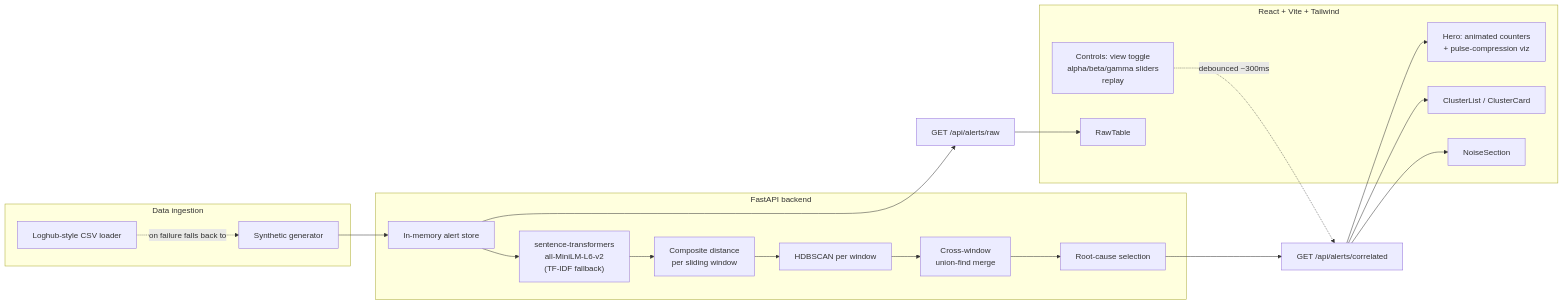
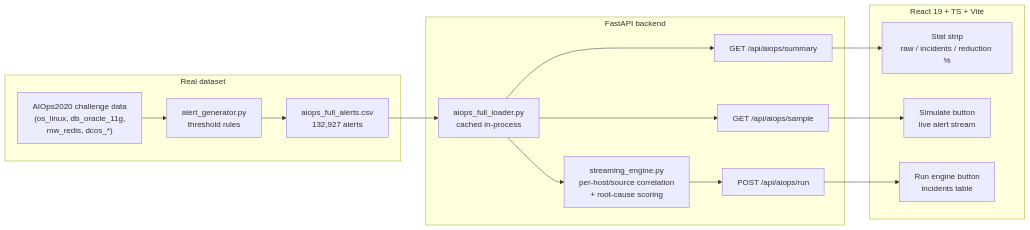
One commit to varuntutejaa/Nucleus changed the diagram in README.md. Above: the diagram before and after it, drawn with Mermaid. The commit also changed other lines of this file and 13 other files, not shown here.

First line of the commit message:
Add streaming correlation engine on full AIOps2020 dataset + rewrite README

````diff
--- a/README.md
+++ b/README.md
@@ -32,36 +83,28 @@
 ```mermaid
 flowchart LR
-    subgraph gen[Data ingestion]
-        SG[Synthetic generator]
-        DL[Loghub-style CSV loader]
+    subgraph data[Real dataset]
+        RAW["AIOps2020 challenge data\n(os_linux, db_oracle_11g,\nmw_redis, dcos_*)"]
+        GEN["alert_generator.py\nthreshold rules"]
+        CSV["aiops_full_alerts.csv\n132,927 alerts"]
+        RAW --> GEN --> CSV
     end
 
-    subgraph pipe[FastAPI backend]
-        STORE[In-memory alert store]
-        EMB["sentence-transformers\nall-MiniLM-L6-v2\n(TF-IDF fallback)"]
-        DIST[Composite distance\nper sliding window]
-        HDB[HDBSCAN per window]
-        MERGE[Cross-window\nunion-find merge]
-        RC[Root-cause selection]
+    subgraph backend[FastAPI backend]
+        LOADER["aiops_full_loader.py\ncached in-process"]
+        ENGINE["streaming_engine.py\nper-host/source correlation\n+ root-cause scoring"]
+        EP1["GET /api/aiops/summary"]
+        EP2["GET /api/aiops/sample"]
+        EP3["POST /api/aiops/run"]
     end
 
-    SG --> STORE
-    DL -. on failure falls back to .-> SG
-    STORE --> EMB --> DIST --> HDB --> MERGE --> RC
-    STORE --> RAW[GET /api/alerts/raw]
-    RC --> CORR[GET /api/alerts/correlated]
-
-    subgraph fe[React + Vite + Tailwind]
-        HERO[Hero: animated counters\n+ pulse-compression viz]
-        CTRL["Controls: view toggle\nalpha/beta/gamma sliders\nreplay"]
-        CLIST[ClusterList / ClusterCard]
-        RTABLE[RawTable]
-        NOISE[NoiseSection]
+    subgraph frontend[React 19 + TS + Vite]
+        STAT["Stat strip\nraw / incidents / reduction %"]
+        SIM["Simulate button\nlive alert stream"]
+        RUN["Run engine button\nincidents table"]
     end
 
-    CORR --> HERO
-    CORR --> CLIST
-    CORR --> NOISE
-    RAW --> RTABLE
-    CTRL -. debounced ~300ms .-> CORR
+    CSV --> LOADER --> ENGINE
+    LOADER --> EP1 --> STAT
+    LOADER --> EP2 --> SIM
+    ENGINE --> EP3 --> RUN
 ```
````
